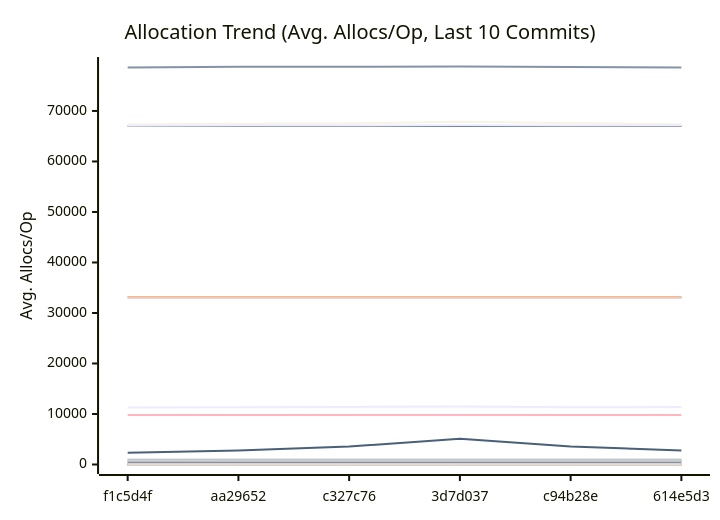
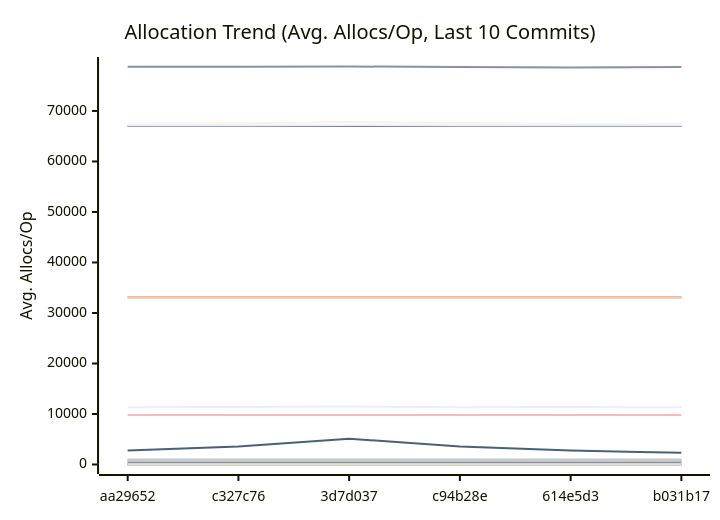
Before and after one commit to alsotoes/momo: the third of 3 diagrams in docs/PERFORMANCE.md, drawn with Mermaid. The commit also changed other lines of this file and 2 other files, not shown here.

````diff
--- a/docs/PERFORMANCE.md
+++ b/docs/PERFORMANCE.md
@@ -360,44 +360,44 @@
 ```mermaid
 xychart-beta
     title "Allocation Trend (Avg. Allocs/Op, Last 10 Commits)"
     x-axis "Commit"
     y-axis "Avg. Allocs/Op"
-    x-axis [f1c5d4f,aa29652,c327c76,3d7d037,c94b28e,614e5d3]
-    line "AWSChunkedReaderSigned" [11309,11357,11392,11480,11346,11370,11345,11319,11351,11392]
-    line "AWSChunkedReaderUnsigned" [78603,78751,78742,78802,78690,78621,78704,78640,78777,78804]
+    x-axis [aa29652,c327c76,3d7d037,c94b28e,614e5d3,b031b17]
+    line "AWSChunkedReaderSigned" [11357,11392,11480,11346,11370,11345,11319,11351,11392,11401]
+    line "AWSChunkedReaderUnsigned" [78751,78742,78802,78690,78621,78704,78640,78777,78804,78750]
     line "CheckMetricsAndSwap" [0,0,0,0,0,0,0,0,0,0]
     line "CrushOptimized" [0,0,0,0,0,0,0,0,0,0]
     line "CrushOriginal" [3,3,3,3,3,3,3,3,3,3]
     line "FormatListObjectsV2XML_AppendFormat" [16,16,16,16,16,16,16,16,16,16]
     line "FormatListObjectsV2XML_OldFormat" [1000,1000,1000,1000,1000,1000,1000,1000,1000,1000]
     line "HashBytes/1MiB" [64,64,64,64,64,64,64,64,64,64]
     line "HashBytes/256MiB" [64,64,64,64,64,64,64,64,64,64]
     line "HashBytes/64MiB" [64,64,64,64,64,64,64,64,64,64]
     line "HashFile/1MiB" [33128,33128,33128,33128,33128,33128,33128,33128,33128,33128]
     line "HashFile/256MiB" [33128,33128,33128,33128,33128,33128,33128,33128,33128,33128]
     line "HashFile/64MiB" [33128,33128,33128,33128,33128,33128,33128,33128,33128,33128]
     line "IndexDirectTracking" [0,0,0,0,0,0,0,0,0,0]
     line "IndexSearch" [0,0,0,0,0,0,0,0,0,0]
     line "LastModifiedHeader_AppendFormat" [0,0,0,0,0,0,0,0,0,0]
     line "LastModifiedHeader_Format" [1,1,1,1,1,1,1,1,1,1]
     line "LoadGlobalConfig" [58,58,58,58,58,58,58,58,58,58]
-    line "LocalWrite/1MiB" [67031,67046,67042,67042,67033,67031,67039,67040,67044,67048]
-    line "LocalWrite/256MiB" [67338,67449,67537,67838,67598,67348,67405,67488,67564,67569]
-    line "LocalWrite/64MiB" [67088,67134,67134,67169,67134,67099,67099,67127,67078,67158]
+    line "LocalWrite/1MiB" [67046,67042,67042,67033,67031,67039,67040,67044,67048,67040]
+    line "LocalWrite/256MiB" [67449,67537,67838,67598,67348,67405,67488,67564,67569,67644]
+    line "LocalWrite/64MiB" [67134,67134,67169,67134,67099,67099,67127,67078,67158,67158]
     line "PadString" [1,1,1,1,1,1,1,1,1,1]
     line "ParseReplicationOrder_NoPrealloc" [6,6,6,6,6,5,5,5,5,5]
     line "ParseReplicationOrder_Prealloc" [2,2,2,2,2,1,1,1,1,1]
     line "Placement" [6,6,6,6,6,6,6,6,6,6]
     line "PlacementDomainSpread" [6,6,6,6,6,6,6,6,6,6]
-    line "ReadVerify/1MiB" [459,484,493,526,438,437,474,439,490,440]
+    line "ReadVerify/1MiB" [484,493,526,438,437,474,439,490,440,496]
     line "ReadVerify/256MiB" [9808,9808,9808,9808,9808,9808,9808,9808,9808,9808]
-    line "ReadVerify/64MiB" [2307,2776,3557,5120,3557,2776,2307,5120,3557,5120]
-    line "S3PutSpool/1MiB" [447,448,448,448,448,447,448,447,447,447]
+    line "ReadVerify/64MiB" [2776,3557,5120,3557,2776,2307,5120,3557,5120,3557]
+    line "S3PutSpool/1MiB" [448,448,448,448,447,448,447,447,447,447]
     line "S3PutSpool/256MiB" [448,448,448,448,448,448,448,448,448,448]
     line "S3PutSpool/64MiB" [448,448,448,448,448,448,448,448,448,448]
     line "SanitizeLog/Safe" [0,0,0,0,0,0,0,0,0,0]
     line "SanitizeLog/Unsafe" [1,1,1,1,1,1,1,1,1,1]
-    line "TrustedRead/1MiB" [837,800,800,800,800,800,800,858,800,800]
+    line "TrustedRead/1MiB" [800,800,800,800,800,800,858,800,800,800]
     line "TrustedRead/256MiB" [800,800,800,800,800,800,800,800,800,800]
     line "TrustedRead/64MiB" [800,800,800,800,800,800,800,800,800,800]
 ```
````
